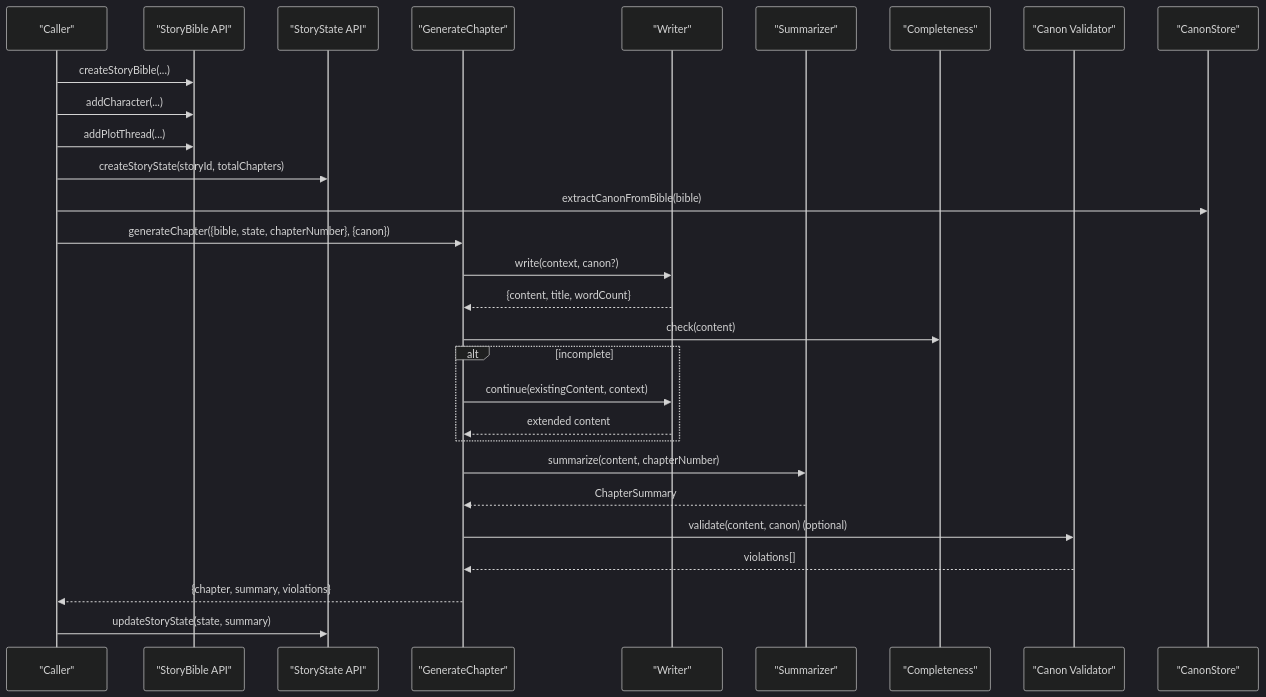
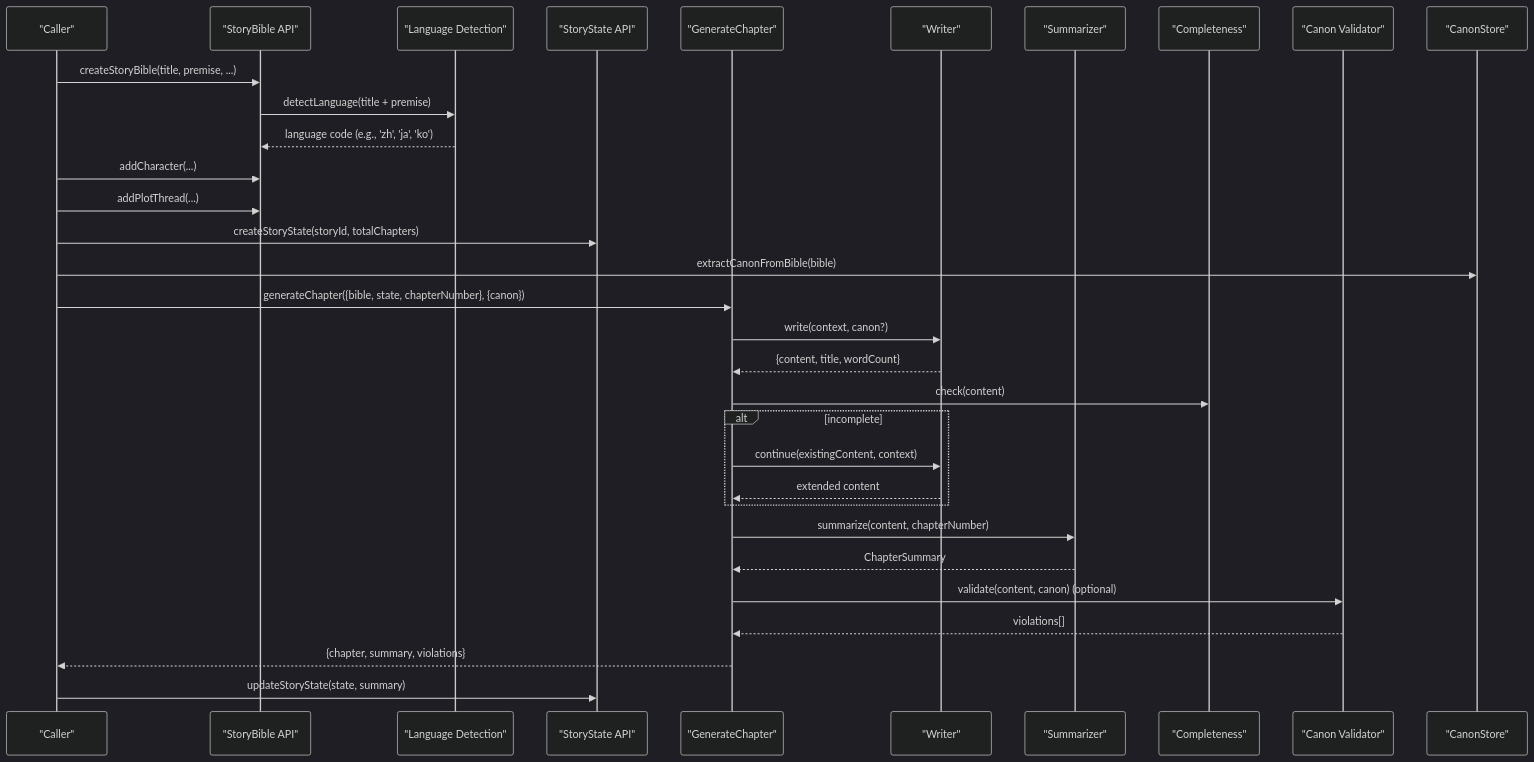
Before and after one commit to liwonder/NARRITIVE_OS: the second of 13 diagrams in .qoder/repowiki/en/content/Story Management System/Story Bible Management.md, drawn with Mermaid (dark theme). The commit also changed other lines of this file and 10 other files, not shown here.

````diff
--- a/.qoder/repowiki/en/content/Story Management System/Story Bible Management.md
+++ b/.qoder/repowiki/en/content/Story Management System/Story Bible Management.md
@@ -98,31 +109,34 @@
 ```mermaid
 sequenceDiagram
 participant User as "Caller"
 participant SB as "StoryBible API"
+participant LD as "Language Detection"
 participant SS as "StoryState API"
 participant GS as "GenerateChapter"
 participant WR as "Writer"
 participant SM as "Summarizer"
 participant CC as "Completeness"
 participant CV as "Canon Validator"
 participant CS as "CanonStore"
-User->>SB : createStoryBible(...)
+User->>SB : createStoryBible(title, premise, ...)
+SB->>LD : detectLanguage(title + premise)
+LD-->>SB : language code (e.g., 'zh', 'ja', 'ko')
 User->>SB : addCharacter(...)
 User->>SB : addPlotThread(...)
 User->>SS : createStoryState(storyId, totalChapters)
 User->>CS : extractCanonFromBible(bible)
 User->>GS : generateChapter({bible, state, chapterNumber}, {canon})
 GS->>WR : write(context, canon?)
 WR-->>GS : {content, title, wordCount}
 GS->>CC : check(content)
 alt incomplete
 GS->>WR : continue(existingContent, context)
 WR-->>GS : extended content
 end
 GS->>SM : summarize(content, chapterNumber)
 SM-->>GS : ChapterSummary
 GS->>CV : validate(content, canon) (optional)
 CV-->>GS : violations[]
 GS-->>User : {chapter, summary, violations}
 User->>SS : updateStoryState(state, summary)
 ```
````
